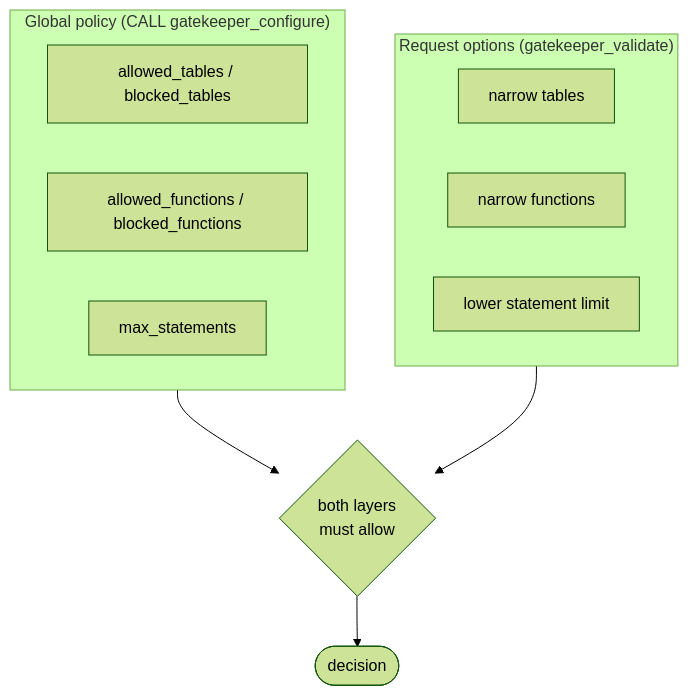
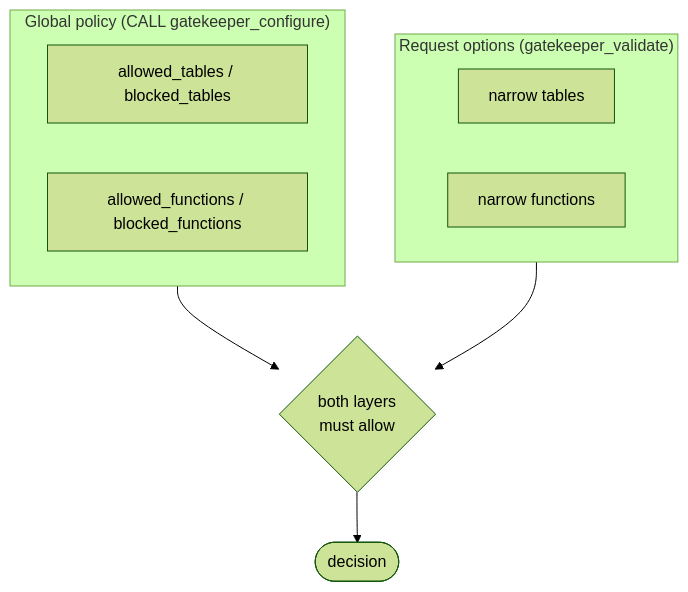
One commit to nozzle/duckdb-gatekeeper changed the third of 3 diagrams in README.md. Above: the diagram before and after it, drawn with Mermaid (forest theme). The commit also changed other lines of this file and 14 other files, not shown here.

Commit message:
feat!: internalize the single-statement limit (#35)

````diff
--- a/README.md
+++ b/README.md
@@ -344,16 +349,14 @@
 ```mermaid
 flowchart TB
     subgraph global["Global policy (CALL gatekeeper_configure)"]
         g1[allowed_tables / blocked_tables]
         g2[allowed_functions / blocked_functions]
-        g3[max_statements]
     end
     subgraph request["Request options (gatekeeper_validate)"]
         r1[narrow tables]
         r2[narrow functions]
-        r3[lower statement limit]
     end
     global --> both{both layers<br/>must allow}
     request --> both
     both --> decision([decision])
 ```
````
